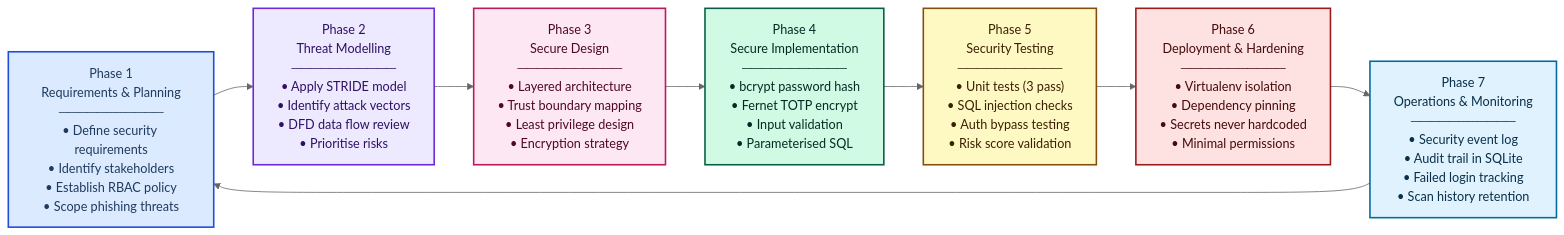
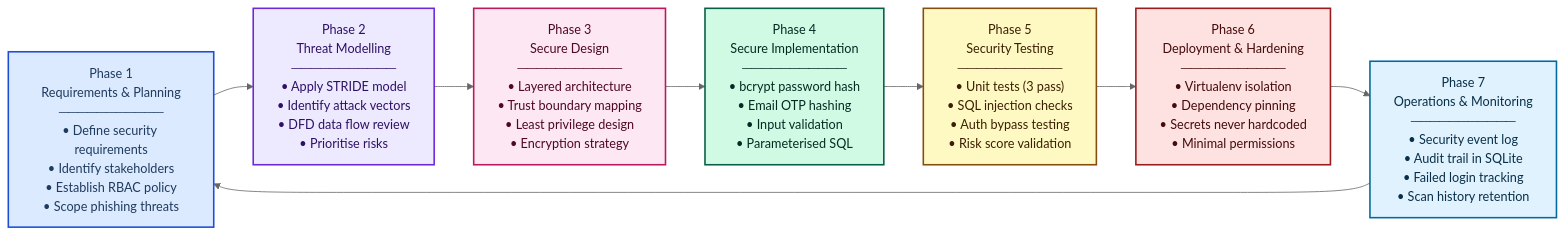
Before and after one commit to marmikkarki20-droid/Email-phishing-Detection-system: the first of 6 diagrams in reports/Architecture_Diagram.md, drawn with Mermaid (neutral theme). The commit also changed other lines of this file and 16 other files, not shown here.

````diff
--- a/reports/Architecture_Diagram.md
+++ b/reports/Architecture_Diagram.md
@@ -7,20 +7,20 @@
 ```mermaid
 flowchart LR
     P["Phase 1\nRequirements & Planning\n───────────\n• Define security requirements\n• Identify stakeholders\n• Establish RBAC policy\n• Scope phishing threats"]
     T["Phase 2\nThreat Modelling\n───────────\n• Apply STRIDE model\n• Identify attack vectors\n• DFD data flow review\n• Prioritise risks"]
     D["Phase 3\nSecure Design\n───────────\n• Layered architecture\n• Trust boundary mapping\n• Least privilege design\n• Encryption strategy"]
-    I["Phase 4\nSecure Implementation\n───────────\n• bcrypt password hash\n• Fernet TOTP encrypt\n• Input validation\n• Parameterised SQL"]
+    I["Phase 4\nSecure Implementation\n───────────\n• bcrypt password hash\n• Email OTP hashing\n• Input validation\n• Parameterised SQL"]
     S["Phase 5\nSecurity Testing\n───────────\n• Unit tests (3 pass)\n• SQL injection checks\n• Auth bypass testing\n• Risk score validation"]
     DEP["Phase 6\nDeployment & Hardening\n───────────\n• Virtualenv isolation\n• Dependency pinning\n• Secrets never hardcoded\n• Minimal permissions"]
     M["Phase 7\nOperations & Monitoring\n───────────\n• Security event log\n• Audit trail in SQLite\n• Failed login tracking\n• Scan history retention"]
 
     P --> T --> D --> I --> S --> DEP --> M --> P
 
     style P   fill:#dbeafe,stroke:#1d4ed8,color:#1e3a5f,stroke-width:2px
     style T   fill:#ede9fe,stroke:#6d28d9,color:#2e1065,stroke-width:2px
     style D   fill:#fce7f3,stroke:#be185d,color:#500724,stroke-width:2px
     style I   fill:#d1fae5,stroke:#065f46,color:#022c22,stroke-width:2px
     style S   fill:#fef9c3,stroke:#854d0e,color:#3b1f02,stroke-width:2px
     style DEP fill:#fee2e2,stroke:#991b1b,color:#450a0a,stroke-width:2px
     style M   fill:#e0f2fe,stroke:#0369a1,color:#082f49,stroke-width:2px
 ```
````
